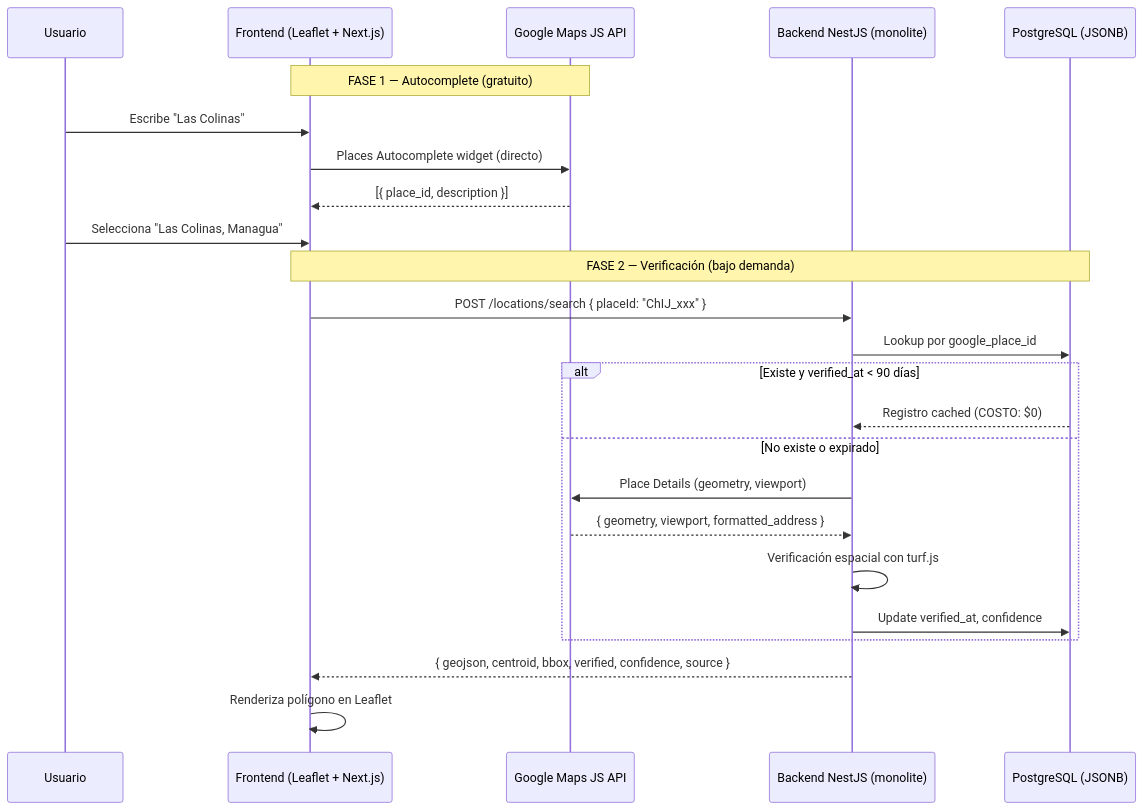
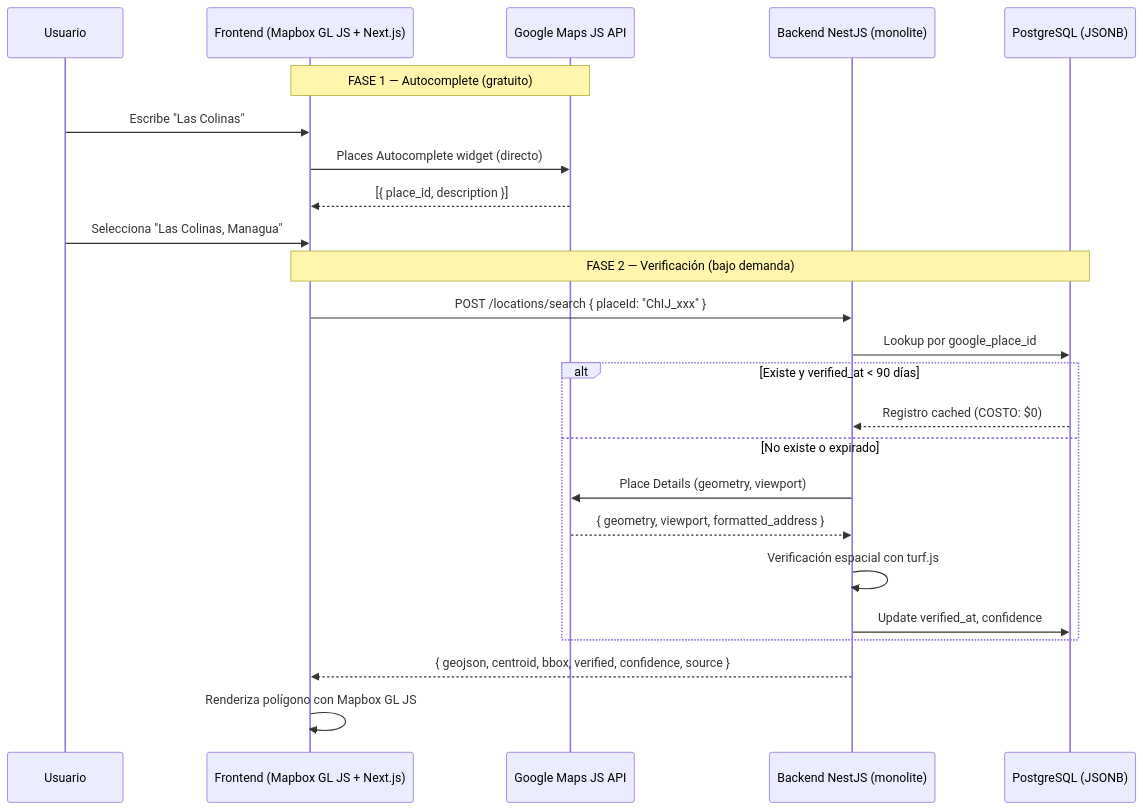
One commit to hershey1990/my-obsidian-sync-folder changed the diagram in Talento/patioz/adr/011-mapas-ubicaciones.md. Above: the diagram before and after it, drawn with Mermaid. The commit also changed other lines of this file and 4 other files, not shown here.

````diff
--- a/Talento/patioz/adr/011-mapas-ubicaciones.md
+++ b/Talento/patioz/adr/011-mapas-ubicaciones.md
@@ -41,28 +41,28 @@
 ```mermaid
 sequenceDiagram
     participant User as Usuario
-    participant Frontend as Frontend (Leaflet + Next.js)
+    participant Frontend as Frontend (Mapbox GL JS + Next.js)
     participant GoogleJS as Google Maps JS API
     participant Backend as Backend NestJS (monolite)
     participant DB as PostgreSQL (JSONB)
 
     Note over Frontend,GoogleJS: FASE 1 — Autocomplete (gratuito)
     User->>Frontend: Escribe "Las Colinas"
     Frontend->>GoogleJS: Places Autocomplete widget (directo)
     GoogleJS-->>Frontend: [{ place_id, description }]
     User->>Frontend: Selecciona "Las Colinas, Managua"
 
     Note over Frontend,DB: FASE 2 — Verificación (bajo demanda)
     Frontend->>Backend: POST /locations/search { placeId: "ChIJ_xxx" }
     Backend->>DB: Lookup por google_place_id
     alt Existe y verified_at < 90 días
         DB-->>Backend: Registro cached (COSTO: $0)
     else No existe o expirado
         Backend->>GoogleJS: Place Details (geometry, viewport)
         GoogleJS-->>Backend: { geometry, viewport, formatted_address }
         Backend->>Backend: Verificación espacial con turf.js
         Backend->>DB: Update verified_at, confidence
     end
     Backend-->>Frontend: { geojson, centroid, bbox, verified, confidence, source }
-    Frontend->>Frontend: Renderiza polígono en Leaflet
+    Frontend->>Frontend: Renderiza polígono con Mapbox GL JS
 ```
````
